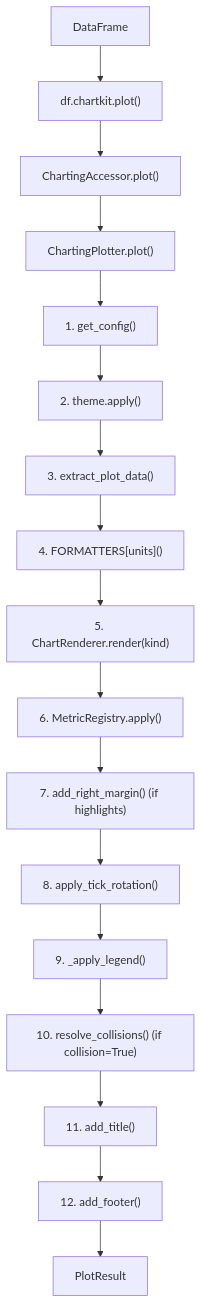
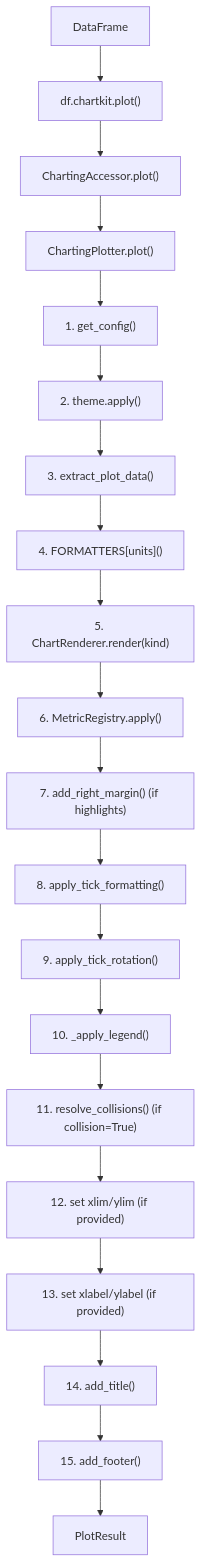
One commit to enzoomoreira/chartkit changed the diagram in docs/contributing/architecture.md. Above: the diagram before and after it, drawn with Mermaid. The commit also changed other lines of this file and 27 other files, not shown here.

First line of the commit message:
feat!: add axis controls and tick formatting

````diff
--- a/docs/contributing/architecture.md
+++ b/docs/contributing/architecture.md
@@ -92,20 +92,23 @@
 ```mermaid
 flowchart TD
     A[DataFrame] --> B["df.chartkit.plot()"]
     B --> C["ChartingAccessor.plot()"]
     C --> D["ChartingPlotter.plot()"]
 
     D --> D1["1. get_config()"]
     D1 --> D2["2. theme.apply()"]
     D2 --> D3["3. extract_plot_data()"]
     D3 --> D4["4. FORMATTERS[units]()"]
     D4 --> D5["5. ChartRenderer.render(kind)"]
     D5 --> D6["6. MetricRegistry.apply()"]
     D6 --> D6a["7. add_right_margin() (if highlights)"]
-    D6a --> D6c["8. apply_tick_rotation()"]
-    D6c --> D6b["9. _apply_legend()"]
-    D6b --> D7["10. resolve_collisions() (if collision=True)"]
-    D7 --> D8["11. add_title()"]
-    D8 --> D9["12. add_footer()"]
+    D6a --> D6c["8. apply_tick_formatting()"]
+    D6c --> D6d["9. apply_tick_rotation()"]
+    D6d --> D6b["10. _apply_legend()"]
+    D6b --> D7["11. resolve_collisions() (if collision=True)"]
+    D7 --> D7a["12. set xlim/ylim (if provided)"]
+    D7a --> D7b["13. set xlabel/ylabel (if provided)"]
+    D7b --> D8["14. add_title()"]
+    D8 --> D9["15. add_footer()"]
     D9 --> E["PlotResult"]
 ```
````
